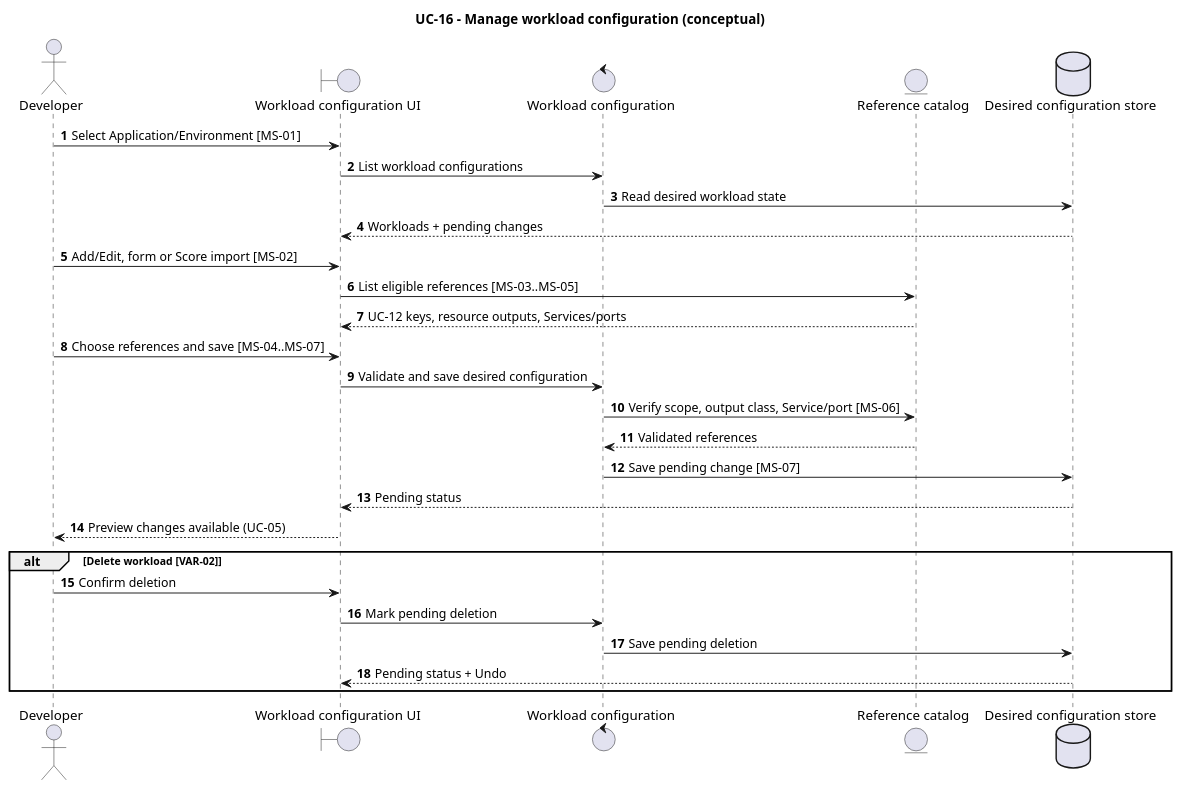
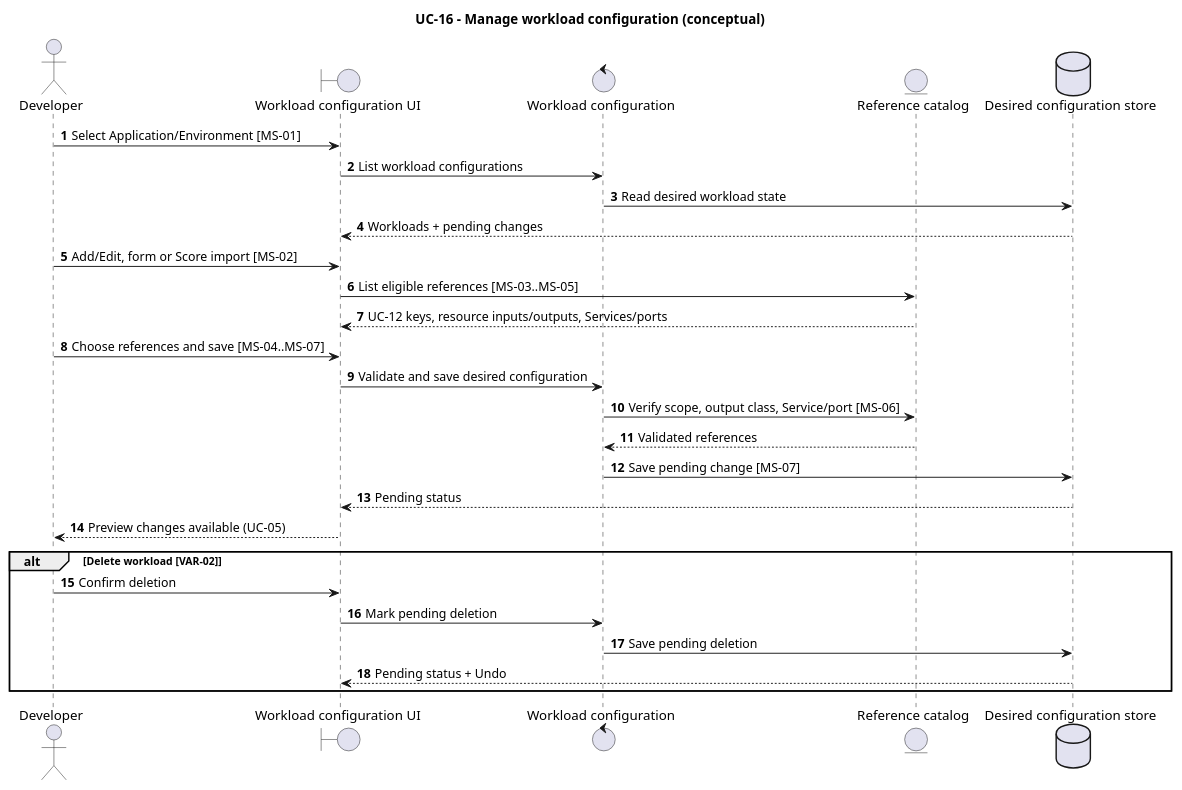
The diagram in orchestrator_docs/usecase/UC-16/sequence.puml (pr3s3nt/poc), drawn with PlantUML before and after one commit. The commit also changed 26 other files, not shown here.

Commit message:
fix: support resource inputs and profile-based definition matching

```diff
--- a/orchestrator_docs/usecase/UC-16/sequence.puml
+++ b/orchestrator_docs/usecase/UC-16/sequence.puml
@@ -1,31 +1,31 @@
 @startuml
 title UC-16 - Manage workload configuration (conceptual)
 autonumber
 actor Developer as Dev
 boundary "Workload configuration UI" as UI
 control "Workload configuration" as Config
 entity "Reference catalog" as Catalog
 database "Desired configuration store" as Store
 
 Dev -> UI: Select Application/Environment [MS-01]
 UI -> Config: List workload configurations
 Config -> Store: Read desired workload state
 Store --> UI: Workloads + pending changes
 Dev -> UI: Add/Edit, form or Score import [MS-02]
 UI -> Catalog: List eligible references [MS-03..MS-05]
-Catalog --> UI: UC-12 keys, resource outputs, Services/ports
+Catalog --> UI: UC-12 keys, resource inputs/outputs, Services/ports
 Dev -> UI: Choose references and save [MS-04..MS-07]
 UI -> Config: Validate and save desired configuration
 Config -> Catalog: Verify scope, output class, Service/port [MS-06]
 Catalog --> Config: Validated references
 Config -> Store: Save pending change [MS-07]
 Store --> UI: Pending status
 UI --> Dev: Preview changes available (UC-05)
 
 alt Delete workload [VAR-02]
   Dev -> UI: Confirm deletion
   UI -> Config: Mark pending deletion
   Config -> Store: Save pending deletion
   Store --> UI: Pending status + Undo
 end
 @enduml
```
